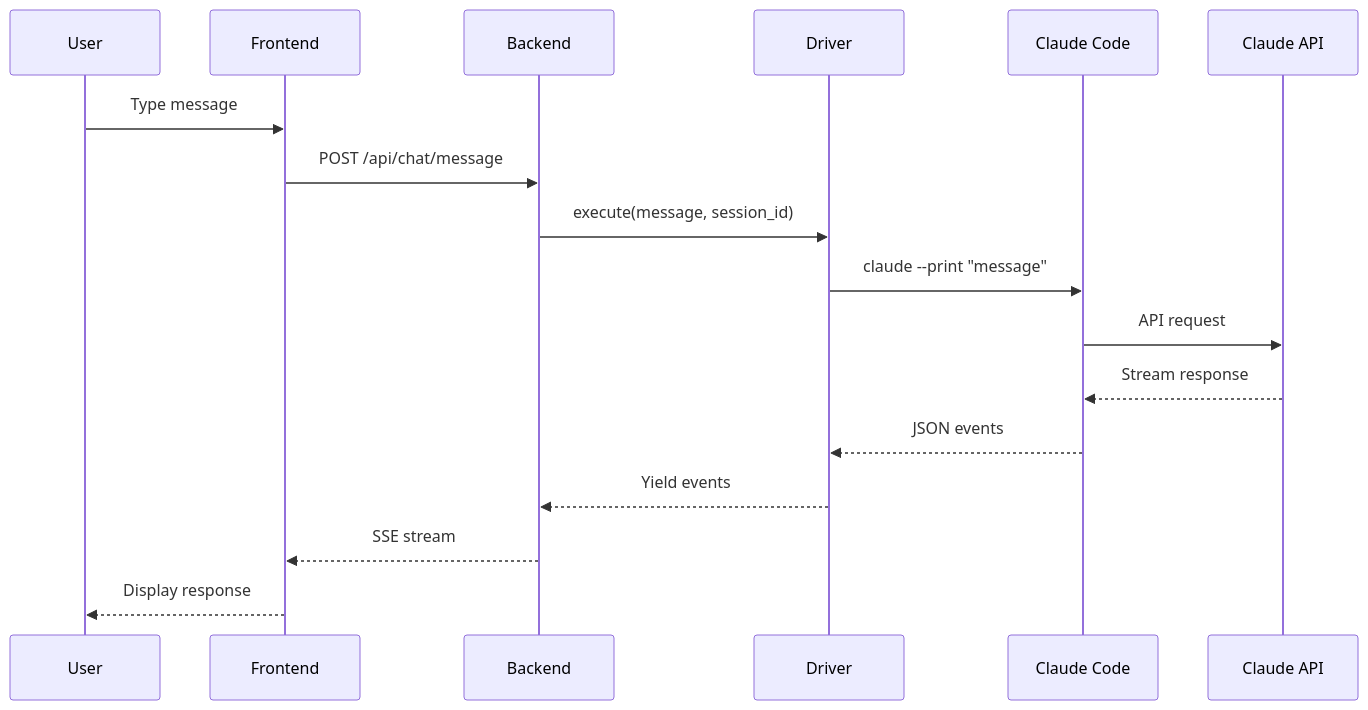
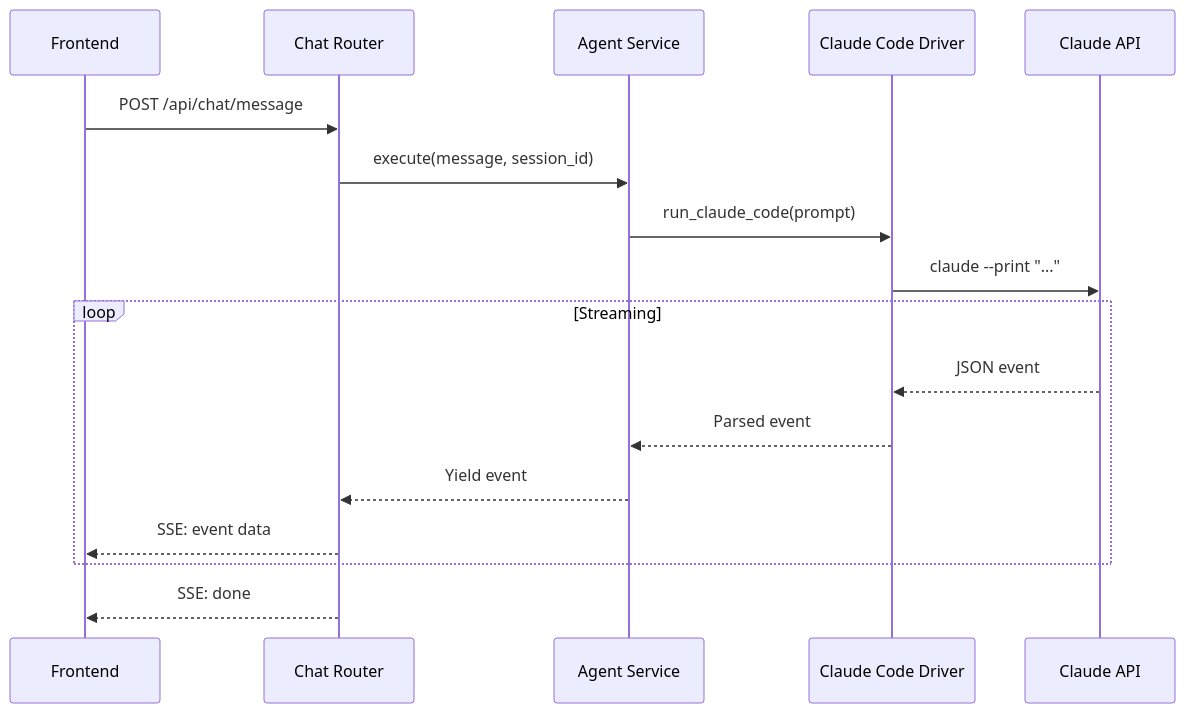
Before and after one commit to zhu1090093659/GEO: the sixth of 6 diagrams in docs/architecture/OVERVIEW.md, drawn with Mermaid. The commit also changed other lines of this file and 10 other files, not shown here.

Commit message:
Refactor documentation to enhance clarity and structure, including updates to architecture, module interfaces, API references, and troubleshooting guides. Introduce GEO branding across all documents and improve the setup and deployment instructions for better developer experience.

````diff
--- a/docs/architecture/OVERVIEW.md
+++ b/docs/architecture/OVERVIEW.md
@@ -53,20 +194,20 @@
 ```mermaid
 sequenceDiagram
-    participant U as User
     participant F as Frontend
-    participant B as Backend
-    participant D as Driver
-    participant C as Claude Code
-    participant A as Claude API
+    participant R as Chat Router
+    participant A as Agent Service
+    participant D as Claude Code Driver
+    participant C as Claude API
 
-    U->>F: Type message
-    F->>B: POST /api/chat/message
-    B->>D: execute(message, session_id)
-    D->>C: claude --print "message"
-    C->>A: API request
-    A-->>C: Stream response
-    C-->>D: JSON events
-    D-->>B: Yield events
-    B-->>F: SSE stream
-    F-->>U: Display response
+    F->>R: POST /api/chat/message
+    R->>A: execute(message, session_id)
+    A->>D: run_claude_code(prompt)
+    D->>C: claude --print "..."
+    loop Streaming
+        C-->>D: JSON event
+        D-->>A: Parsed event
+        A-->>R: Yield event
+        R-->>F: SSE: event data
+    end
+    R-->>F: SSE: done
 ```
````
